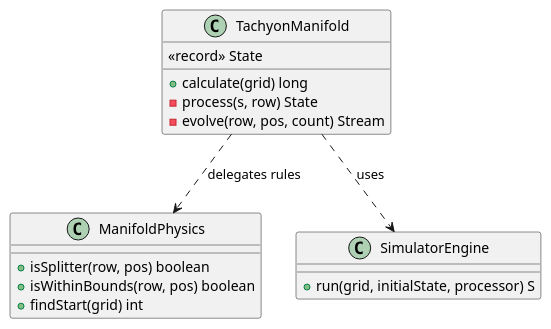
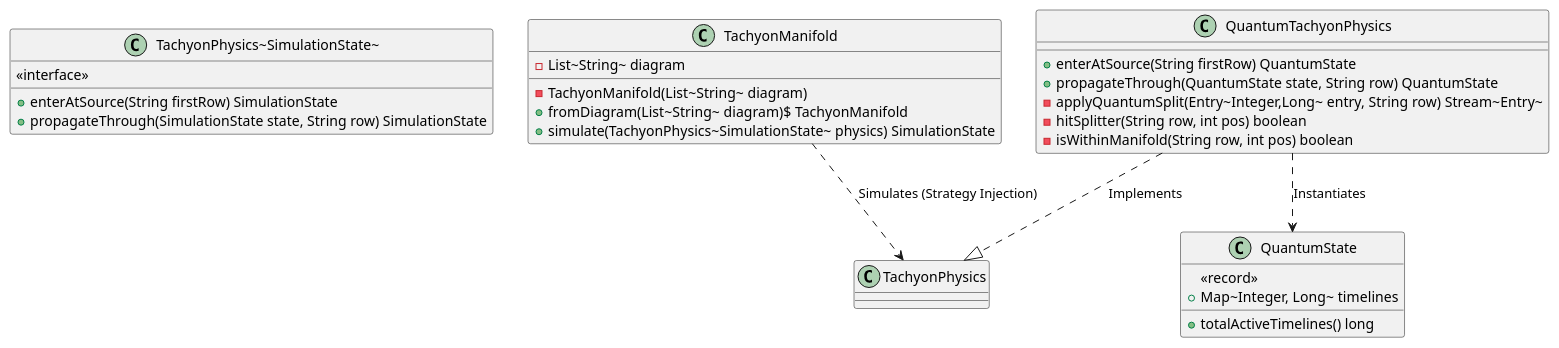
One commit to duniasr/AoC2025 changed the diagram in diagrams/day07b.puml. Above: the diagram before and after it, drawn with PlantUML. The commit also changed 17 other files, not shown here.

```diff
--- a/diagrams/day07b.puml
+++ b/diagrams/day07b.puml
@@ -1,19 +1,33 @@
 @startumlclassDiagram
-    class ManifoldPhysics {
-        +isSplitter(row, pos) boolean
-        +isWithinBounds(row, pos) boolean
-        +findStart(grid) int
-    }
-    class SimulatorEngine {
-        +run(grid, initialState, processor) S
-    }
-    class TachyonManifold {
-        <<record>> State
-        +calculate(grid) long
-        -process(s, row) State
-        -evolve(row, pos, count) Stream
-    }
+             class TachyonPhysics~SimulationState~ {
+                 <<interface>>
+                 +enterAtSource(String firstRow) SimulationState
+                 +propagateThrough(SimulationState state, String row) SimulationState
+             }
 
-    TachyonManifold ..> SimulatorEngine : uses
-    TachyonManifold ..> ManifoldPhysics : delegates rules
+             class TachyonManifold {
+                 -List~String~ diagram
+                 -TachyonManifold(List~String~ diagram)
+                 +fromDiagram(List~String~ diagram)$ TachyonManifold
+                 +simulate(TachyonPhysics~SimulationState~ physics) SimulationState
+             }
+
+             class QuantumTachyonPhysics {
+                 +enterAtSource(String firstRow) QuantumState
+                 +propagateThrough(QuantumState state, String row) QuantumState
+                 -applyQuantumSplit(Entry~Integer,Long~ entry, String row) Stream~Entry~
+                 -hitSplitter(String row, int pos) boolean
+                 -isWithinManifold(String row, int pos) boolean
+             }
+
+             class QuantumState {
+                 <<record>>
+                 +Map~Integer, Long~ timelines
+                 +totalActiveTimelines() long
+             }
+
+             QuantumTachyonPhysics ..|> TachyonPhysics : Implements
+             TachyonManifold ..> TachyonPhysics : Simulates (Strategy Injection)
+             QuantumTachyonPhysics ..> QuantumState : Instantiates
+
 @enduml
```
